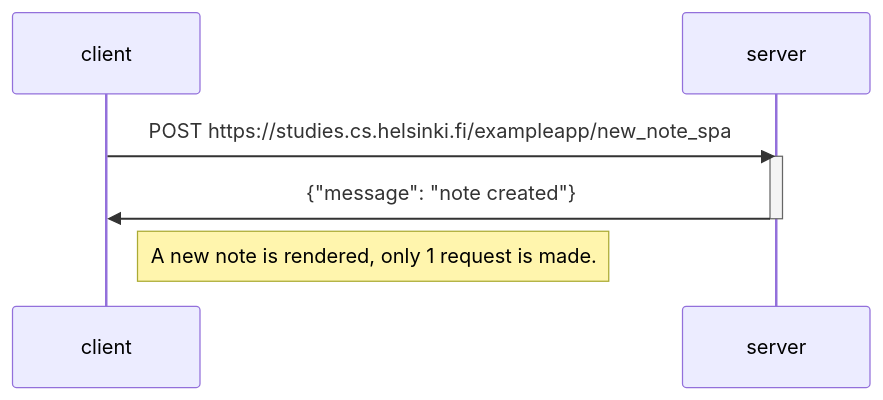
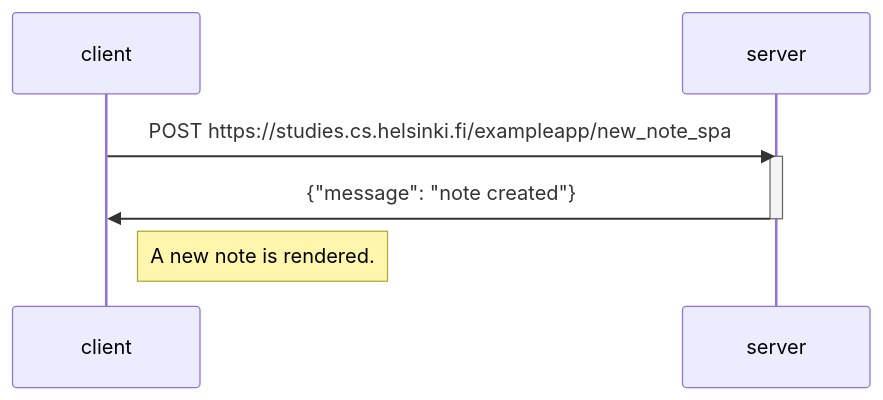
Before and after one commit to Rubenv00/Full-Stack-Open: the diagram in Part-0/0.6.md, drawn with Mermaid.

````diff
--- a/Part-0/0.6.md
+++ b/Part-0/0.6.md
@@ -1,12 +1,12 @@
 ```mermaid
 sequenceDiagram
 	participant client
 	participant server
 
 	client->>server: POST https://studies.cs.helsinki.fi/exampleapp/new_note_spa
 	activate server
 	server->>client: {"message": "note created"}
 	deactivate server
 
-	Note right of client: A new note is rendered, only 1 request is made.
+	Note right of client: A new note is rendered.
 ```
````
